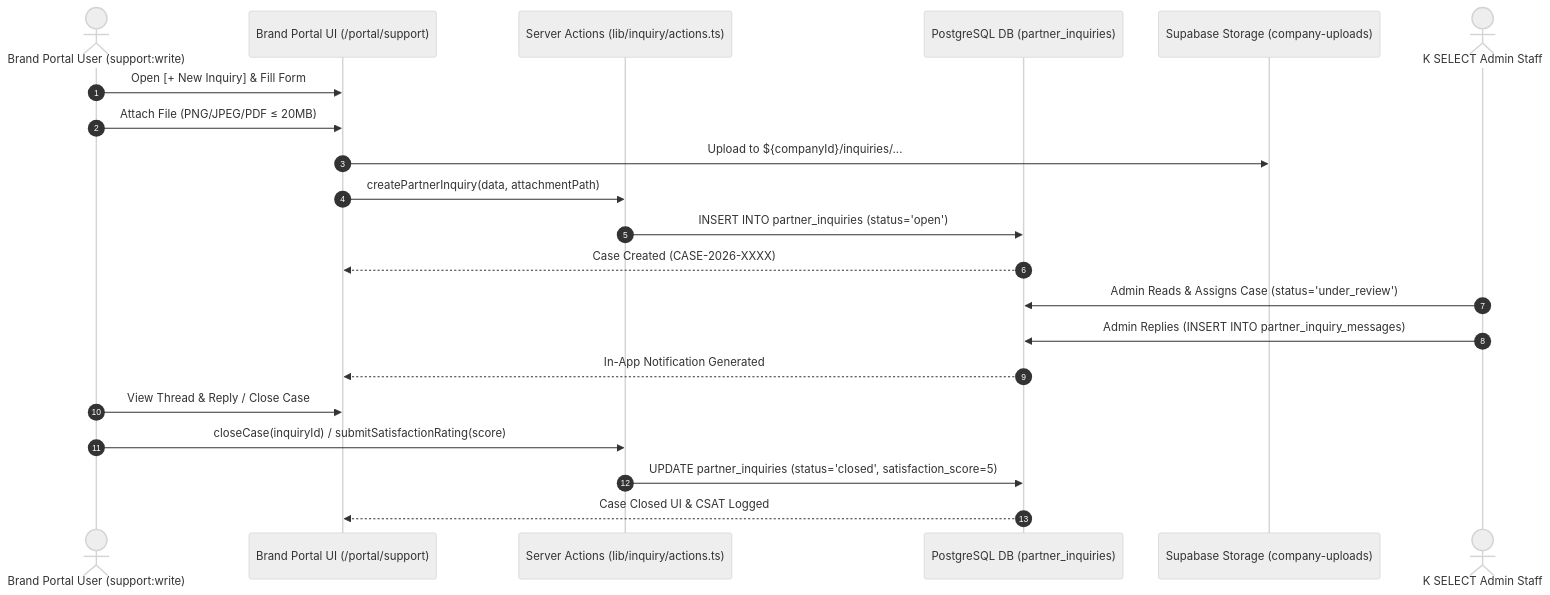
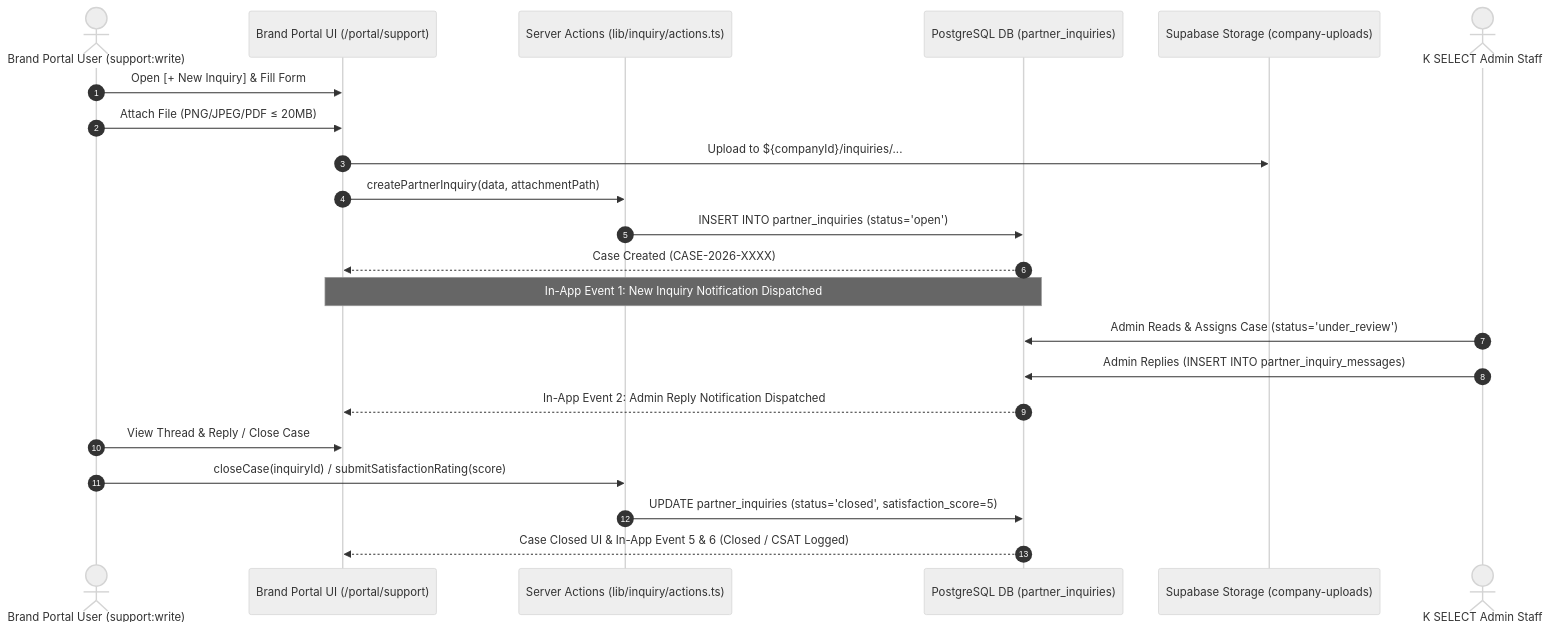
One commit to chaehahm-Kr/KBGP-Portal changed the third of 7 diagrams in Manuals/MAN-B-TASK-001_Task-Communication/02_CLAUDE_PACKAGE/03_DIAGRAMS/TASK_COMMUNICATION_ARCHITECTURE_DIAGRAMS.md. Above: the diagram before and after it, drawn with Mermaid (neutral theme). The commit also changed other lines of this file and 6 other files, not shown here.

````diff
--- a/Manuals/MAN-B-TASK-001_Task-Communication/02_CLAUDE_PACKAGE/03_DIAGRAMS/TASK_COMMUNICATION_ARCHITECTURE_DIAGRAMS.md
+++ b/Manuals/MAN-B-TASK-001_Task-Communication/02_CLAUDE_PACKAGE/03_DIAGRAMS/TASK_COMMUNICATION_ARCHITECTURE_DIAGRAMS.md
@@ -99,26 +99,27 @@
 ```mermaid
 sequenceDiagram
     autonumber
     actor BrandUser as Brand Portal User (support:write)
     participant PortalUI as Brand Portal UI (/portal/support)
     participant ServerAction as Server Actions (lib/inquiry/actions.ts)
     participant DB as PostgreSQL DB (partner_inquiries)
     participant Storage as Supabase Storage (company-uploads)
     actor AdminStaff as K SELECT Admin Staff
 
     BrandUser->>PortalUI: Open [+ New Inquiry] & Fill Form
     BrandUser->>PortalUI: Attach File (PNG/JPEG/PDF ≤ 20MB)
     PortalUI->>Storage: Upload to ${companyId}/inquiries/...
     PortalUI->>ServerAction: createPartnerInquiry(data, attachmentPath)
     ServerAction->>DB: INSERT INTO partner_inquiries (status='open')
     DB-->>PortalUI: Case Created (CASE-2026-XXXX)
+    Note over PortalUI,DB: In-App Event 1: New Inquiry Notification Dispatched
 
     AdminStaff->>DB: Admin Reads & Assigns Case (status='under_review')
     AdminStaff->>DB: Admin Replies (INSERT INTO partner_inquiry_messages)
-    DB-->>PortalUI: In-App Notification Generated
+    DB-->>PortalUI: In-App Event 2: Admin Reply Notification Dispatched
 
     BrandUser->>PortalUI: View Thread & Reply / Close Case
     BrandUser->>ServerAction: closeCase(inquiryId) / submitSatisfactionRating(score)
     ServerAction->>DB: UPDATE partner_inquiries (status='closed', satisfaction_score=5)
-    DB-->>PortalUI: Case Closed UI & CSAT Logged
+    DB-->>PortalUI: Case Closed UI & In-App Event 5 & 6 (Closed / CSAT Logged)
 ```
````
